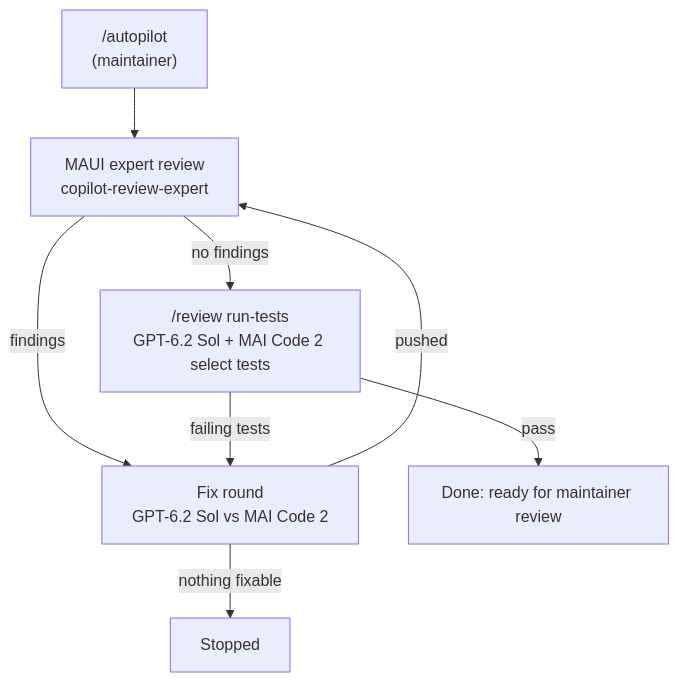
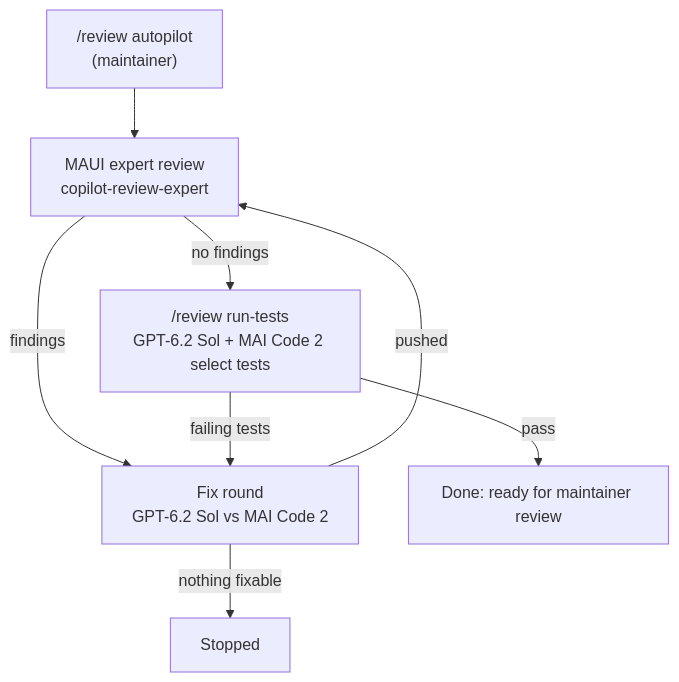
The diagram in .github/docs/maui-expert-autopilot.md (kubaflo/maui), drawn with Mermaid before and after one commit. The commit also changed other lines of this file and 7 other files, not shown here.

Commit message:
sync /review autopilot

````diff
--- a/.github/docs/maui-expert-autopilot.md
+++ b/.github/docs/maui-expert-autopilot.md
@@ -13,10 +16,10 @@
 ```mermaid
 flowchart TD
-    A["/autopilot<br/>(maintainer)"] --> R["MAUI expert review<br/>copilot-review-expert"]
+    A["/review autopilot<br/>(maintainer)"] --> R["MAUI expert review<br/>copilot-review-expert"]
     R -- "findings" --> F["Fix round<br/>GPT-6.2 Sol vs MAI Code 2"]
     F -- "pushed" --> R
     R -- "no findings" --> T["/review run-tests<br/>GPT-6.2 Sol + MAI Code 2 select tests"]
     T -- "failing tests" --> F
     T -- "pass" --> D["Done: ready for maintainer review"]
     F -- "nothing fixable" --> S["Stopped"]
 ```
````
